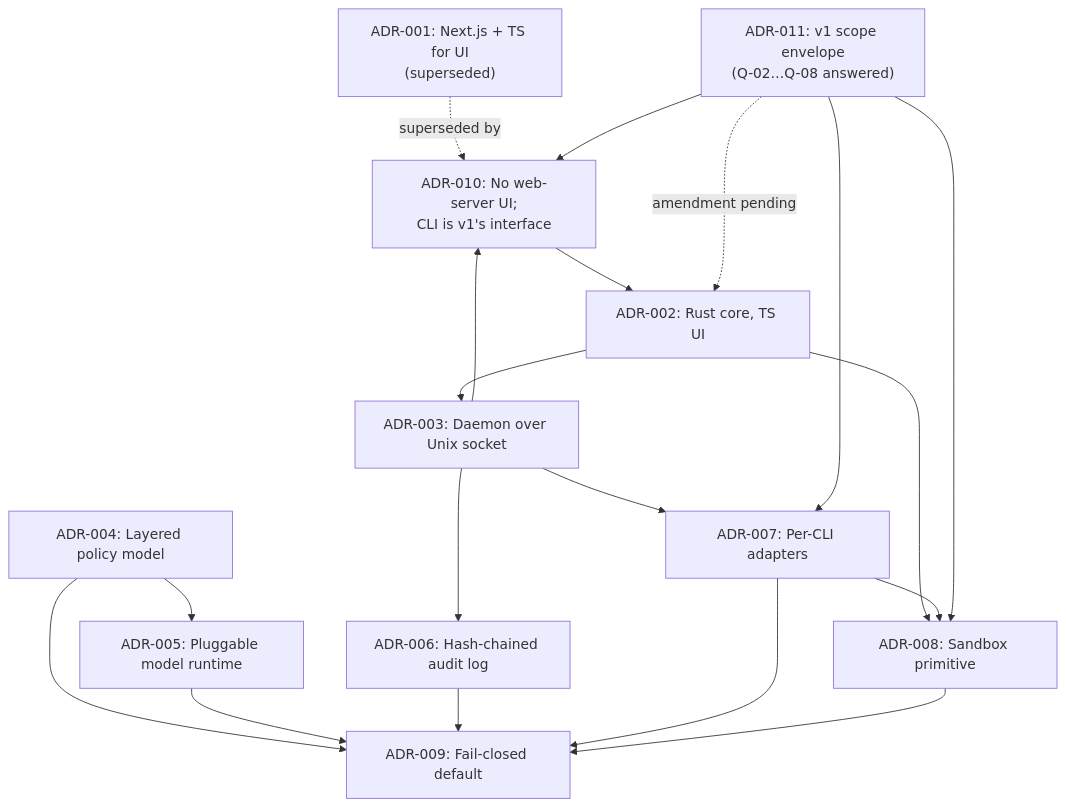
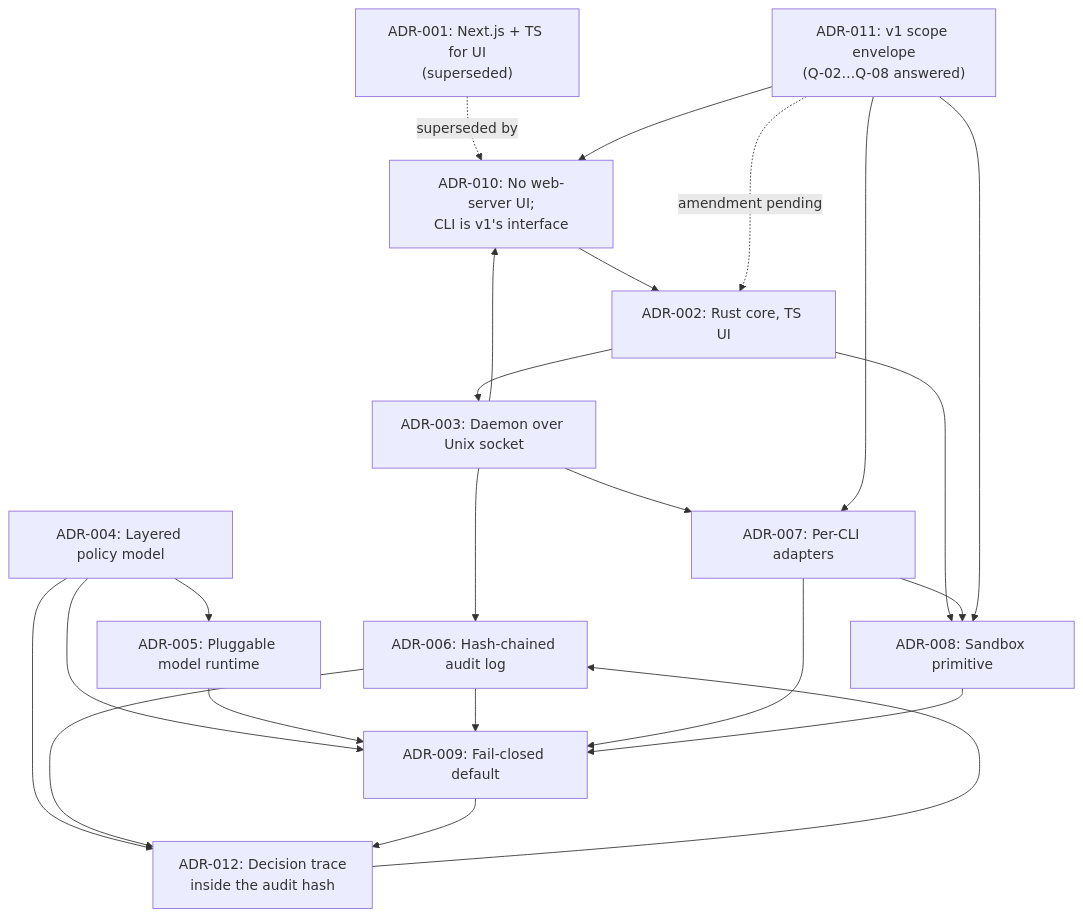
The diagram in docs/05-adr/README.md (AriesNg/ai-guard-bot), drawn with Mermaid before and after one commit. The commit also changed other lines of this file and 13 other files, not shown here.

````diff
--- a/docs/05-adr/README.md
+++ b/docs/05-adr/README.md
@@ -41,22 +42,26 @@
 ```mermaid
 flowchart TD
     A001["ADR-001: Next.js + TS for UI<br/>(superseded)"] -.->|superseded by| A010["ADR-010: No web-server UI;<br/>CLI is v1's interface"]
     A002[ADR-002: Rust core, TS UI]
     A010 --> A002
     A003 --> A010
     A002 --> A003[ADR-003: Daemon over Unix socket]
     A003 --> A006[ADR-006: Hash-chained audit log]
     A003 --> A007[ADR-007: Per-CLI adapters]
     A004[ADR-004: Layered policy model] --> A005[ADR-005: Pluggable model runtime]
     A004 --> A009[ADR-009: Fail-closed default]
     A005 --> A009
     A006 --> A009
     A007 --> A009
     A002 --> A008[ADR-008: Sandbox primitive]
     A007 --> A008
     A008 --> A009
     A011["ADR-011: v1 scope envelope<br/>(Q-02…Q-08 answered)"] --> A008
     A011 --> A007
     A011 --> A010
     A011 -.->|amendment pending| A002
+    A004 --> A012["ADR-012: Decision trace<br/>inside the audit hash"]
+    A006 --> A012
+    A009 --> A012
+    A012 --> A006
 ```
````
